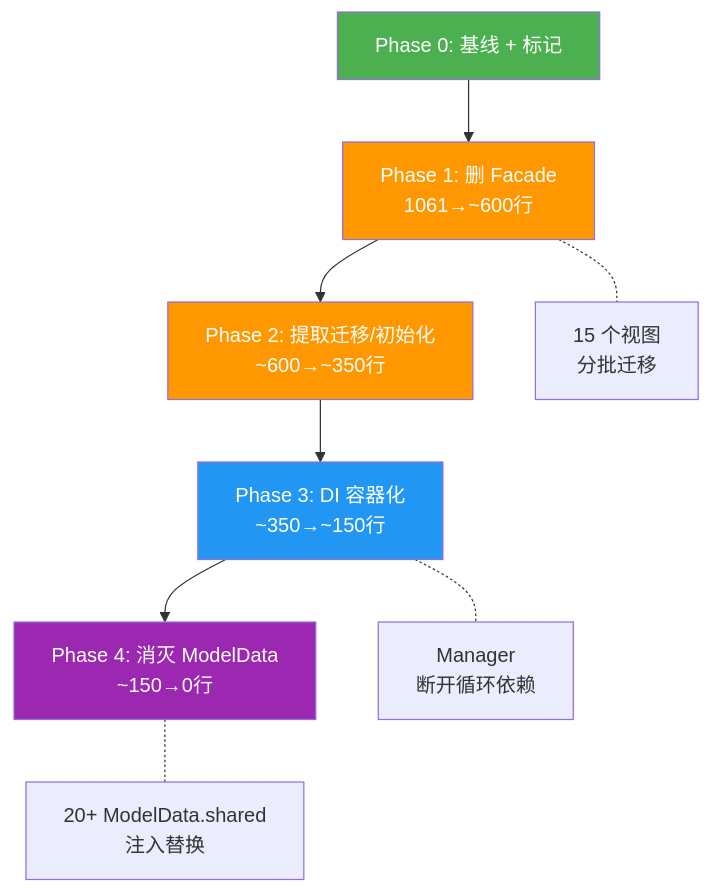
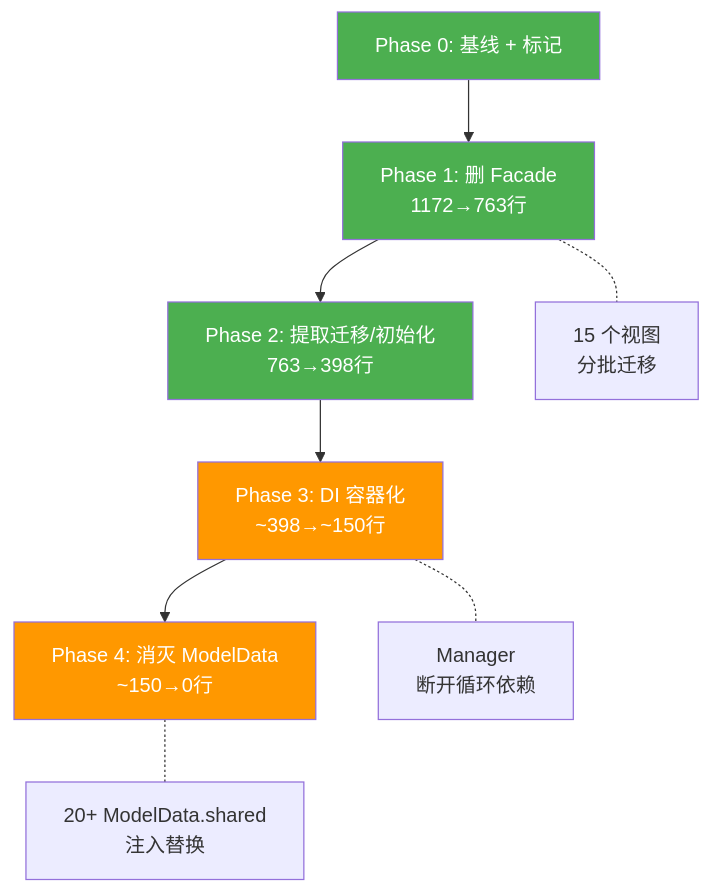
The second of 2 diagrams in .agents/memory-bank/modeldata-elimination-plan.md (drearycold/YetAnotherEBookReader), drawn with Mermaid before and after one commit. The commit also changed other lines of this file and 1 other file, not shown here.

First line of the commit message:
docs: update modeldata-elimination-plan and activeContext for Phase 2 completion

````diff
--- a/.agents/memory-bank/modeldata-elimination-plan.md
+++ b/.agents/memory-bank/modeldata-elimination-plan.md
@@ -404,17 +383,17 @@
 ```mermaid
 graph TD
-    P0["Phase 0: 基线 + 标记"] --> P1["Phase 1: 删 Facade<br>1061→~600行"]
-    P1 --> P2["Phase 2: 提取迁移/初始化<br>~600→~350行"]
-    P2 --> P3["Phase 3: DI 容器化<br>~350→~150行"]
+    P0["Phase 0: 基线 + 标记"] --> P1["Phase 1: 删 Facade<br>1172→763行"]
+    P1 --> P2["Phase 2: 提取迁移/初始化<br>763→398行"]
+    P2 --> P3["Phase 3: DI 容器化<br>~398→~150行"]
     P3 --> P4["Phase 4: 消灭 ModelData<br>~150→0行"]
     
     P1 -.- V["15 个视图<br>分批迁移"]
     P3 -.- M["Manager<br>断开循环依赖"]
     P4 -.- S["20+ ModelData.shared<br>注入替换"]
     
     style P0 fill:#4CAF50,color:#fff
-    style P1 fill:#FF9800,color:#fff
-    style P2 fill:#FF9800,color:#fff
-    style P3 fill:#2196F3,color:#fff
-    style P4 fill:#9C27B0,color:#fff
+    style P1 fill:#4CAF50,color:#fff
+    style P2 fill:#4CAF50,color:#fff
+    style P3 fill:#FF9800,color:#fff
+    style P4 fill:#FF9800,color:#fff
 ```
````
